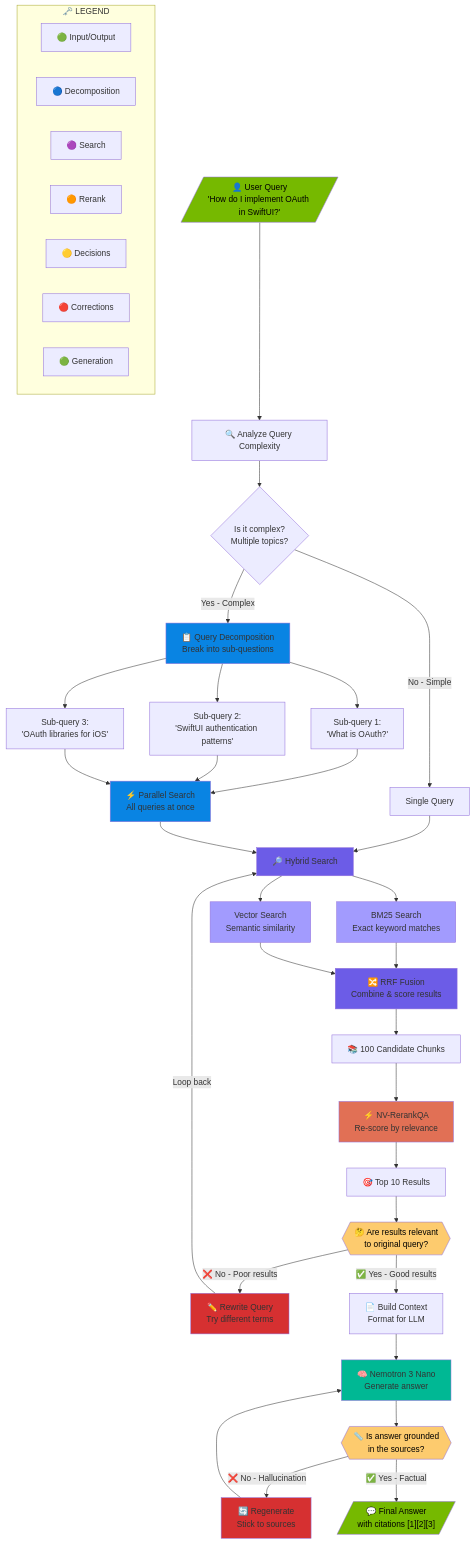
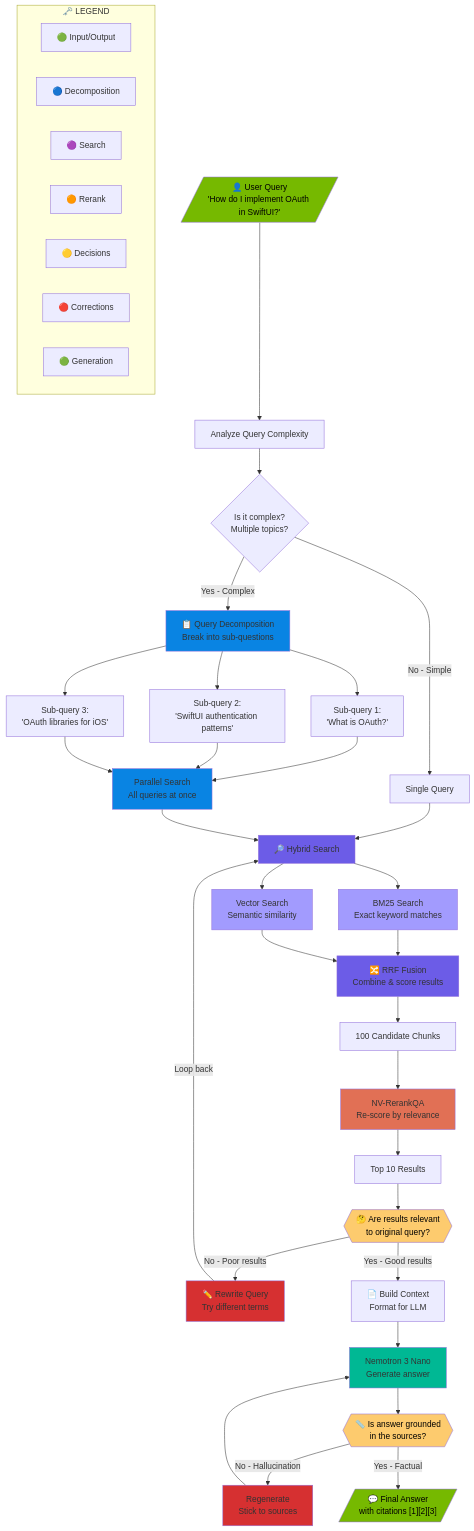
Before and after one commit to caser-legal/nvidia-cli: the third of 8 diagrams in README.md, drawn with Mermaid. The commit also changed other lines of this file, not shown here.

```diff
--- a/README.md
+++ b/README.md
@@ -623,7 +623,7 @@
     USER[/"👤 User Query<br/>'How do I implement OAuth in SwiftUI?'"/]
     
     %% Step 1: Query Analysis
-    USER --> ANALYZE["🔍 Analyze Query Complexity"]
+    USER --> ANALYZE[" Analyze Query Complexity"]
     
     ANALYZE --> COMPLEX{Is it complex?<br/>Multiple topics?}
     
@@ -643,7 +643,7 @@
     SUB3 --> PARALLEL
     
     %% Parallel Search
-    PARALLEL["⚡ Parallel Search<br/>All queries at once"]
+    PARALLEL[" Parallel Search<br/>All queries at once"]
     PARALLEL --> SEARCH
     
     %% Hybrid Search
@@ -655,32 +655,32 @@
     VECTOR --> FUSION
     
     %% Get candidates
-    FUSION --> CANDIDATES["📚 100 Candidate Chunks"]
+    FUSION --> CANDIDATES[" 100 Candidate Chunks"]
     
     %% Rerank
-    CANDIDATES --> RERANK["⚡ NV-RerankQA<br/>Re-score by relevance"]
-    RERANK --> TOP10["🎯 Top 10 Results"]
+    CANDIDATES --> RERANK[" NV-RerankQA<br/>Re-score by relevance"]
+    RERANK --> TOP10[" Top 10 Results"]
     
     %% Reflection Check
     TOP10 --> CHECK{{"🤔 Are results relevant<br/>to original query?"}}
     
     %% Not relevant - loop back
-    CHECK -->|"❌ No - Poor results"| REWRITE["✏️ Rewrite Query<br/>Try different terms"]
+    CHECK -->|" No - Poor results"| REWRITE["✏️ Rewrite Query<br/>Try different terms"]
     REWRITE -->|"Loop back"| SEARCH
     
     %% Relevant - continue
-    CHECK -->|"✅ Yes - Good results"| CONTEXT["📄 Build Context<br/>Format for LLM"]
+    CHECK -->|" Yes - Good results"| CONTEXT["📄 Build Context<br/>Format for LLM"]
     
     %% Generate
-    CONTEXT --> LLM["🧠 Nemotron 3 Nano<br/>Generate answer"]
+    CONTEXT --> LLM[" Nemotron 3 Nano<br/>Generate answer"]
     LLM --> GROUND{{"📏 Is answer grounded<br/>in the sources?"}}
     
     %% Not grounded - regenerate
-    GROUND -->|"❌ No - Hallucination"| REGEN["🔄 Regenerate<br/>Stick to sources"]
+    GROUND -->|" No - Hallucination"| REGEN[" Regenerate<br/>Stick to sources"]
     REGEN --> LLM
     
     %% Final output
-    GROUND -->|"✅ Yes - Factual"| ANSWER[/"💬 Final Answer<br/>with citations [1][2][3]"/]
+    GROUND -->|" Yes - Factual"| ANSWER[/"💬 Final Answer<br/>with citations [1][2][3]"/]
     
     %% Styling
     style USER fill:#76b900,color:#000
```
